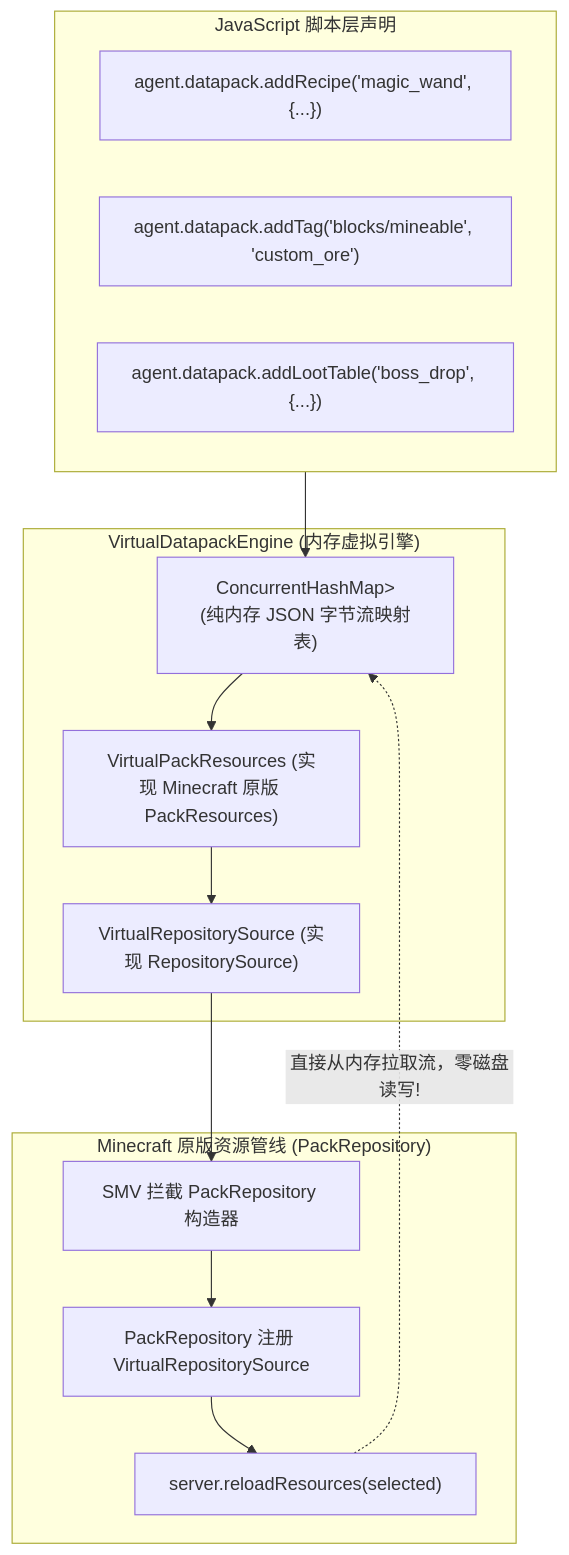
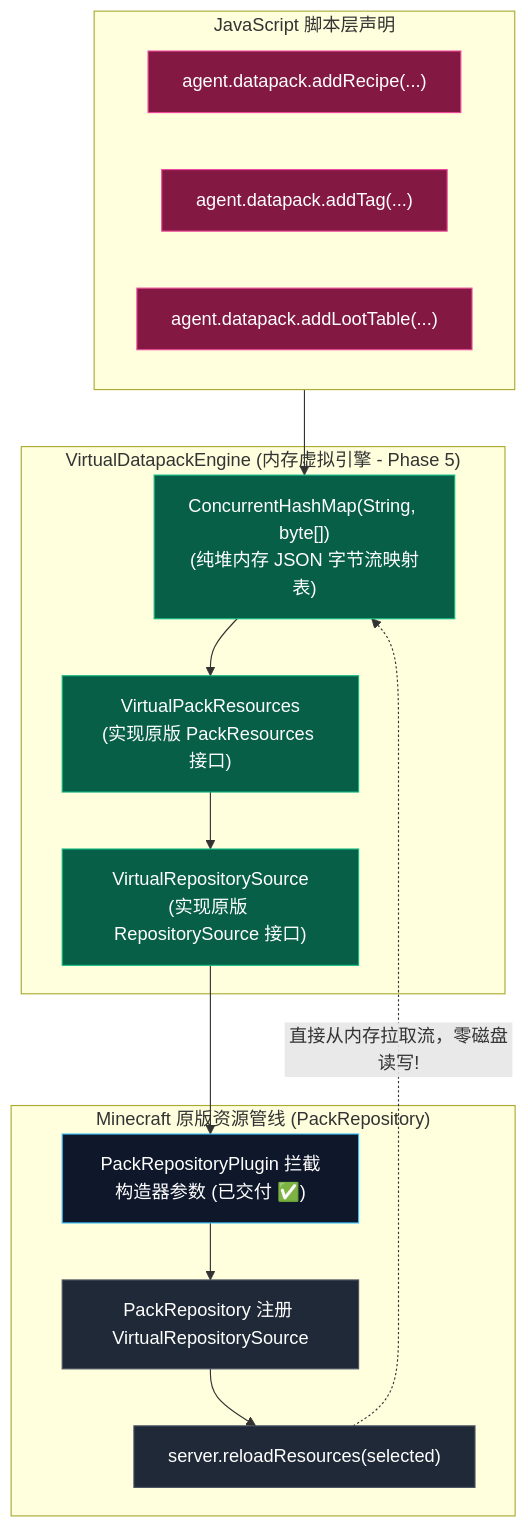
One commit to nooooocato/graal-agent changed the diagram in docs/new_base/Module-Virtual-Datapack.md. Above: the diagram before and after it, drawn with Mermaid. The commit also changed other lines of this file and 16 other files, not shown here.

````diff
--- a/docs/new_base/Module-Virtual-Datapack.md
+++ b/docs/new_base/Module-Virtual-Datapack.md
@@ -25,28 +40,33 @@
 ```mermaid
 flowchart TD
+    classDef script fill:#831843,stroke:#ec4899,color:#fff
+    classDef engine fill:#065f46,stroke:#10b981,color:#fff
+    classDef smv fill:#0f172a,stroke:#38bdf8,color:#fff
+    classDef mc fill:#1f2937,stroke:#4b5563,color:#fff
+
     subgraph ScriptInput["JavaScript 脚本层声明"]
-        R1["agent.datapack.addRecipe('magic_wand', {...})"]
-        R2["agent.datapack.addTag('blocks/mineable', 'custom_ore')"]
-        R3["agent.datapack.addLootTable('boss_drop', {...})"]
+        R1["agent.datapack.addRecipe(...)"]:::script
+        R2["agent.datapack.addTag(...)"]:::script
+        R3["agent.datapack.addLootTable(...)"]:::script
     end
 
-    subgraph VirtualEngine["VirtualDatapackEngine (内存虚拟引擎)"]
-        MemMap["ConcurrentHashMap<ResourceLocation, IoSupplier<InputStream>>\n(纯内存 JSON 字节流映射表)"]
-        VPack["VirtualPackResources (实现 Minecraft 原版 PackResources)"]
-        Source["VirtualRepositorySource (实现 RepositorySource)"]
+    subgraph VirtualEngine["VirtualDatapackEngine (内存虚拟引擎 - Phase 5)"]
+        MemMap["ConcurrentHashMap(String, byte[])\n(纯堆内存 JSON 字节流映射表)"]:::engine
+        VPack["VirtualPackResources\n(实现原版 PackResources 接口)"]:::engine
+        Source["VirtualRepositorySource\n(实现原版 RepositorySource 接口)"]:::engine
     end
 
     subgraph VanillaPipe["Minecraft 原版资源管线 (PackRepository)"]
-        SMVHook["SMV 拦截 PackRepository 构造器"]
-        Repo["PackRepository 注册 VirtualRepositorySource"]
-        ServerReload["server.reloadResources(selected)"]
+        SMVHook["PackRepositoryPlugin 拦截构造器参数 (已交付 ✅)"]:::smv
+        Repo["PackRepository 注册 VirtualRepositorySource"]:::mc
+        ServerReload["server.reloadResources(selected)"]:::mc
     end
 
     ScriptInput --> MemMap
     MemMap --> VPack
     VPack --> Source
     Source --> SMVHook
     SMVHook --> Repo
     Repo --> ServerReload
     ServerReload -.->|直接从内存拉取流，零磁盘读写!| MemMap
 ```
````
